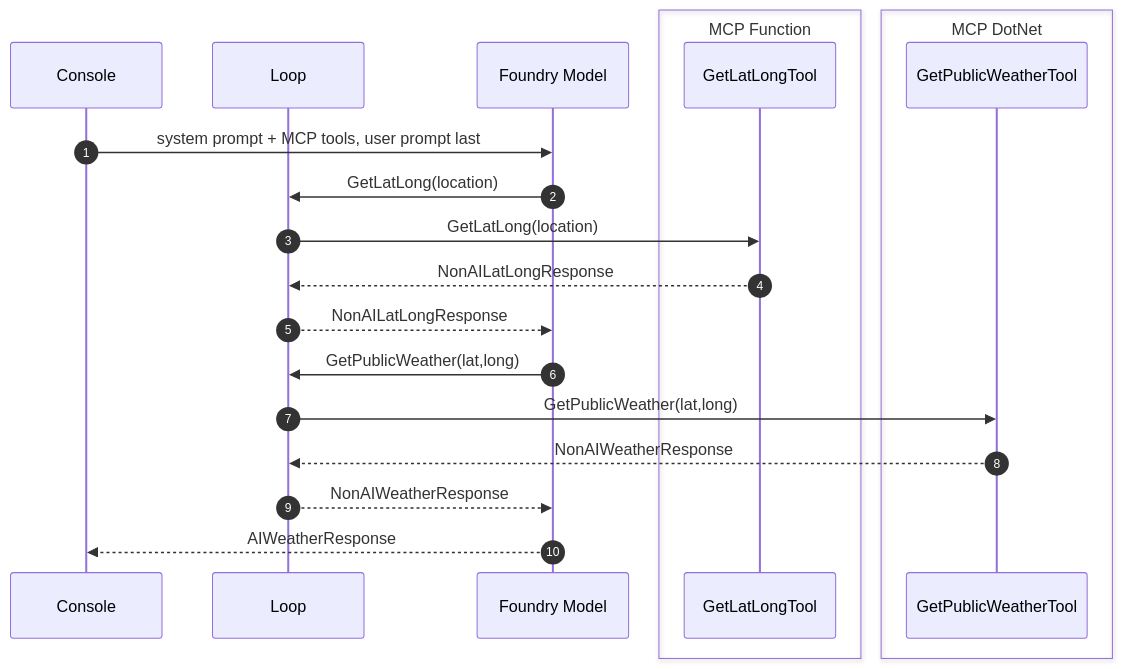
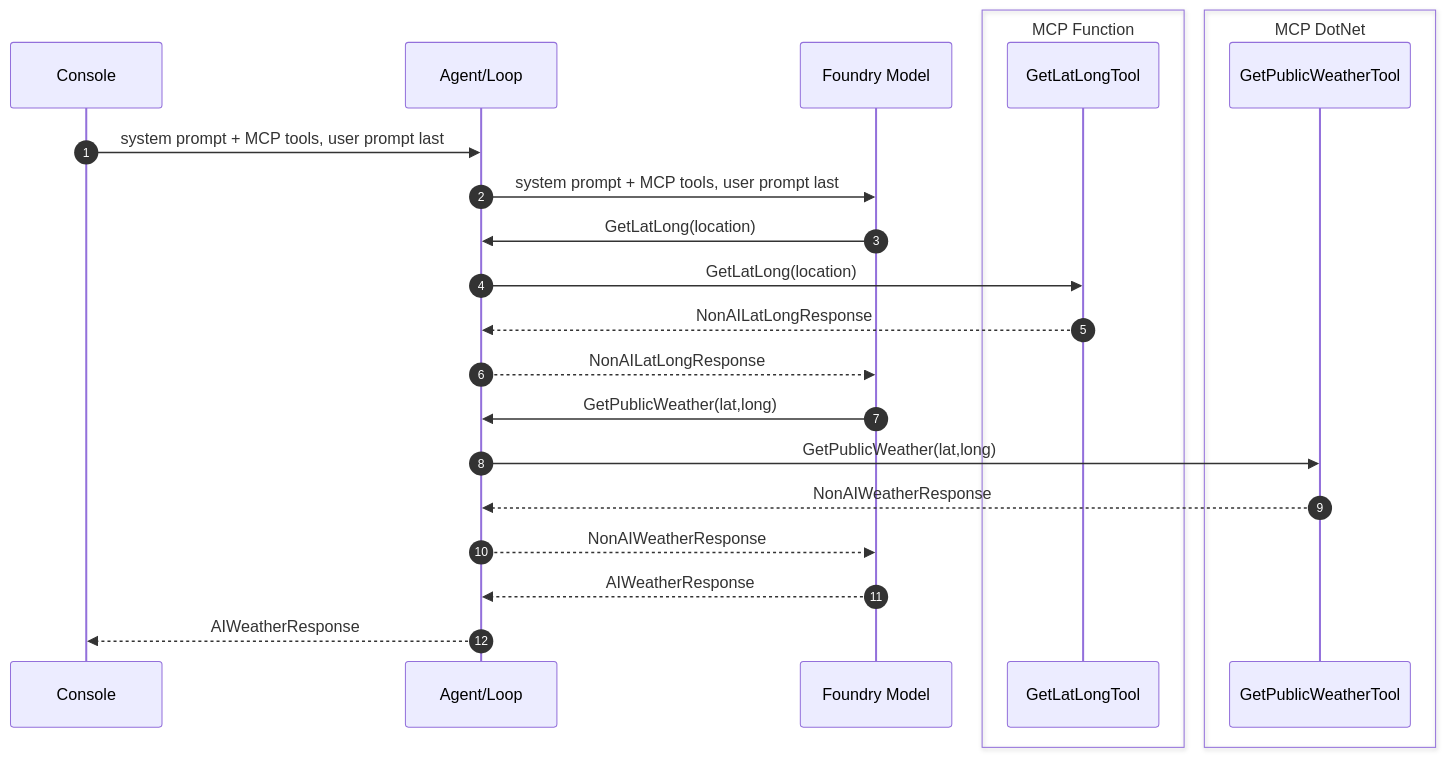
Diagram 33 of 33 in docs/4-demystifying-foundry-agents-mcp/demystifying-foundry-agents-mcp.md (dustinkorzaan/weather-1116), drawn with Mermaid before and after one commit.

Commit message:
Route V4 looping diagram through Agent/Loop like V3
Console hands off to Agent/Loop, which owns model turns and MCP tool
calls, with the final answer returned on the same path.

````diff
--- a/docs/4-demystifying-foundry-agents-mcp/demystifying-foundry-agents-mcp.md
+++ b/docs/4-demystifying-foundry-agents-mcp/demystifying-foundry-agents-mcp.md
@@ -675,24 +675,26 @@
 ```mermaid
 sequenceDiagram
     autonumber
     participant Console
-    participant AppLoop as Loop
+    participant AppLoop as Agent/Loop
     participant Model as Foundry Model
     box MCP Function
         participant GetLatLongTool
     end
     box MCP DotNet
         participant GetPublicWeatherTool
     end
 
-    Console->>Model: system prompt + MCP tools, user prompt last
+    Console->>AppLoop: system prompt + MCP tools, user prompt last
+    AppLoop->>Model: system prompt + MCP tools, user prompt last
     Model->>AppLoop: GetLatLong(location)
     AppLoop->>GetLatLongTool: GetLatLong(location)
     GetLatLongTool-->>AppLoop: NonAILatLongResponse
     AppLoop-->>Model: NonAILatLongResponse
     Model->>AppLoop: GetPublicWeather(lat,long)
     AppLoop->>GetPublicWeatherTool: GetPublicWeather(lat,long)
     GetPublicWeatherTool-->>AppLoop: NonAIWeatherResponse
     AppLoop-->>Model: NonAIWeatherResponse
-    Model-->>Console: AIWeatherResponse
+    Model-->>AppLoop: AIWeatherResponse
+    AppLoop-->>Console: AIWeatherResponse
 ```
````
